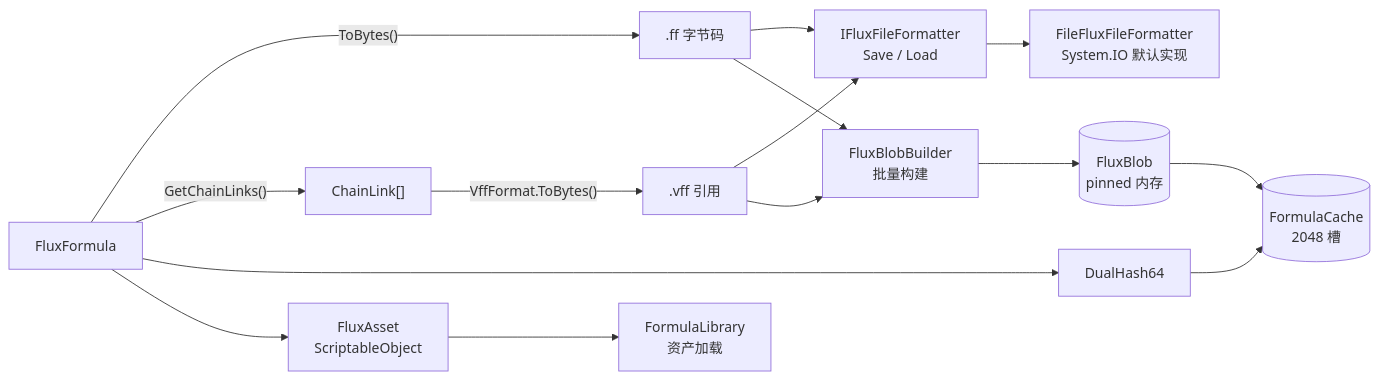
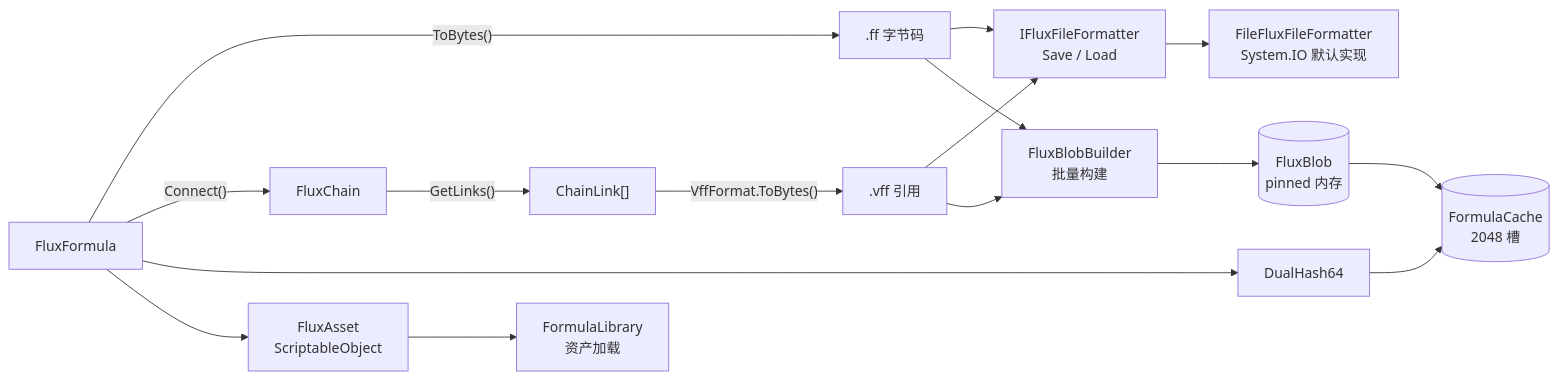
One commit to twds0x13/FluxFormula changed the second of 2 diagrams in docs/api/overview.md. Above: the diagram before and after it, drawn with Mermaid. The commit also changed other lines of this file and 28 other files, not shown here.

Commit message:
docs: FluxChain API doc + CHANGELOG breaking changes summary + full doc audit for FluxChain split [skip test]

````diff
--- a/docs/api/overview.md
+++ b/docs/api/overview.md
@@ -35,21 +36,22 @@
 ```mermaid
 graph LR
     F["FluxFormula"] -->|"ToBytes()"| FF[".ff 字节码"]
-    F -->|"GetChainLinks()"| Chain["ChainLink[]"]
+    F -->|"Connect()"| FC["FluxChain"]
+    FC -->|"GetLinks()"| Chain["ChainLink[]"]
     Chain -->|"VffFormat.ToBytes()"| VFF[".vff 引用"]
 
     FF --> Fmt["IFluxFileFormatter<br/>Save / Load"]
     VFF --> Fmt
     Fmt --> FileFmt["FileFluxFileFormatter<br/>System.IO 默认实现"]
 
     F --> Hash["DualHash64"]
     Hash --> Cache[("FormulaCache<br/>2048 槽")]
 
     FF --> BB["FluxBlobBuilder<br/>批量构建"]
     VFF --> BB
     BB --> Blob[("FluxBlob<br/>pinned 内存")]
     Blob --> Cache
 
     F --> Asset["FluxAsset<br/>ScriptableObject"]
     Asset --> Lib["FormulaLibrary<br/>资产加载"]
 ```
````
